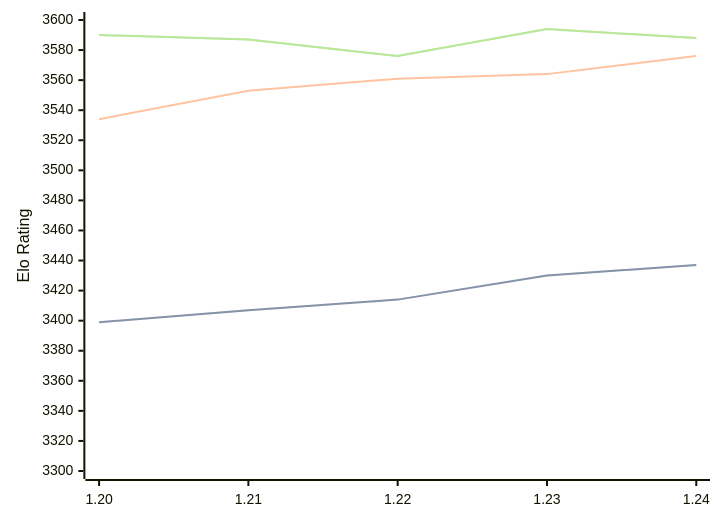
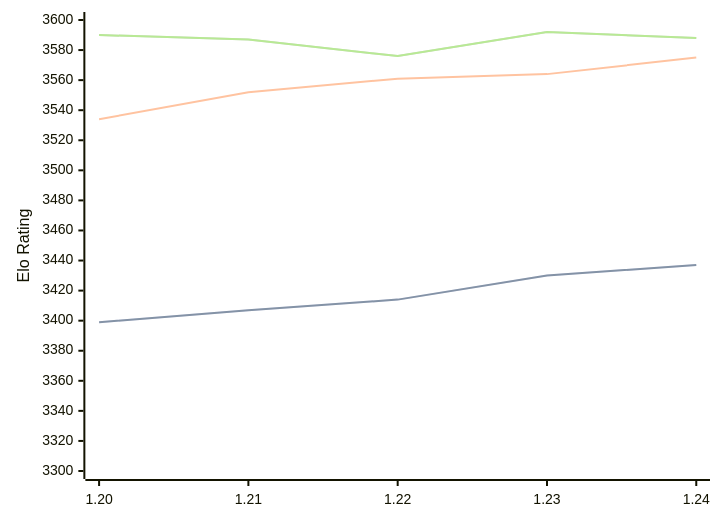
Before and after one commit to computer-chess-index/cci: the diagram in engines/Caissa.md, drawn with Mermaid. The commit also changed other lines of this file, not shown here.

Commit message:
Update CCI Ratings (ELO VLTC) - 2026-02-25

````diff
--- a/engines/Caissa.md
+++ b/engines/Caissa.md
@@ -62,11 +62,11 @@
 ```mermaid
 %%{init: {"theme":"base","themeVariables":{"seriesColors:['#a3a3a3','#222221','#faa371']}}}%%
 xychart-beta
   x-axis ["1.20", "1.21", "1.22", "1.23", "1.24"]
   y-axis "Elo Rating" 3300 --> 3600
   line "STC (8.0+0.08s)" [3399, 3407, 3414, 3430, 3437]
   line "STC (8.0+0.08s)" [3399, 3407, 3414, 3430, 3437]
-  line "LTC (60.0+0.60s)" [3534, 3553, 3561, 3564, 3576]
-  line "VLTC (2m24s+1.12s)" [3590, 3587, 3576, 3594, 3588]
-  line "VLTC (2m24s+1.12s)" [3590, 3587, 3576, 3594, 3588]
+  line "LTC (60.0+0.60s)" [3534, 3552, 3561, 3564, 3575]
+  line "VLTC (2m24s+1.12s)" [3590, 3587, 3576, 3592, 3588]
+  line "VLTC (2m24s+1.12s)" [3590, 3587, 3576, 3592, 3588]
 ```
````
